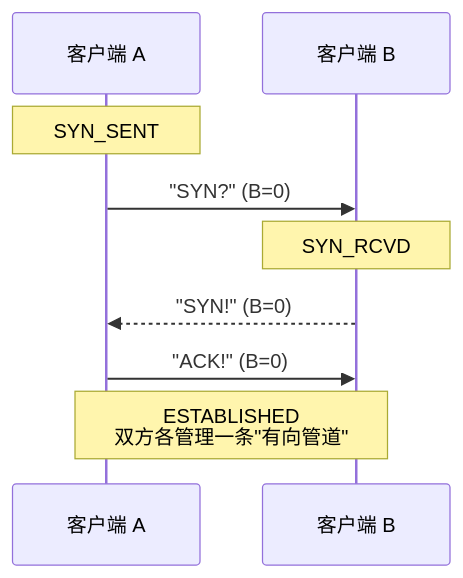
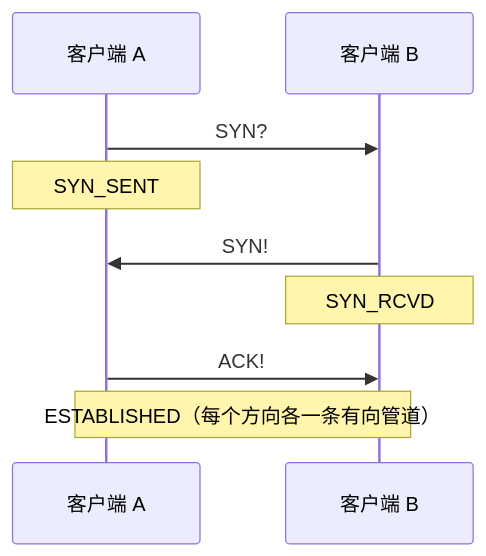
Before and after one commit to moky/magpie: the second of 4 diagrams in docs/workflow.md, drawn with Mermaid. The commit also changed other lines of this file and 7 other files, not shown here.

````diff
--- a/docs/workflow.md
+++ b/docs/workflow.md
@@ -63,12 +62,11 @@
 ```mermaid
 sequenceDiagram
     participant A as 客户端 A
     participant B as 客户端 B
-
+    A->>B: SYN?
     Note over A: SYN_SENT
-    A->>B: "SYN?" (B=0)
+    B->>A: SYN!
     Note over B: SYN_RCVD
-    B-->>A: "SYN!" (B=0)
-    A->>B: "ACK!" (B=0)
-    Note over A, B: ESTABLISHED<br/>双方各管理一条"有向管道"
+    A->>B: ACK!
+    Note over A,B: ESTABLISHED（每个方向各一条有向管道）
 ```
````
